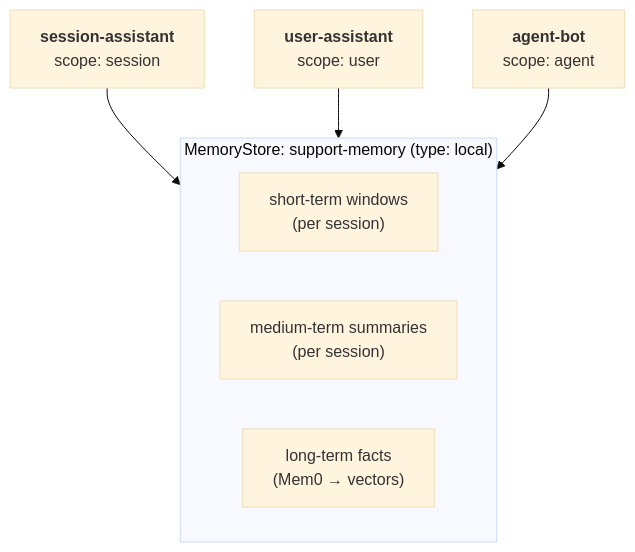
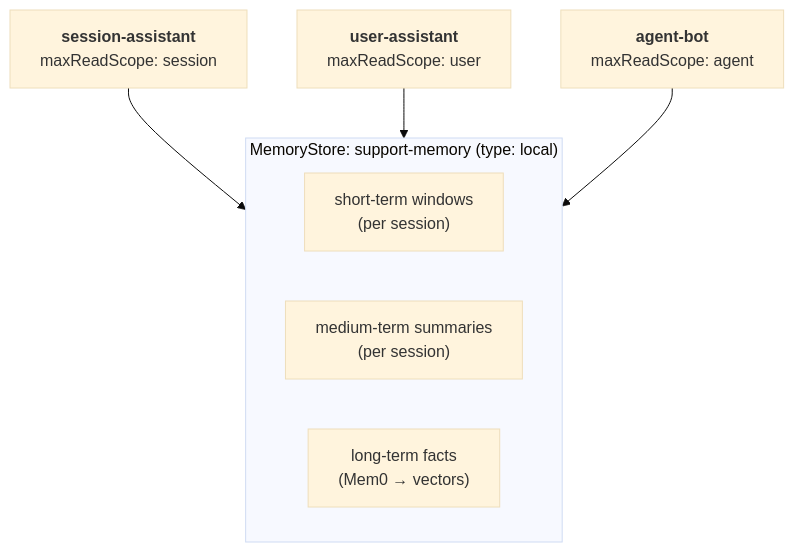
The first of 4 diagrams in memory/blog/BLOGPOST_DRAFT_PART_4.md (axsaucedo/kaos-adrs), drawn with Mermaid (base theme) before and after one commit. The commit also changed other lines of this file, not shown here.

First line of the commit message:
blog(part4): rework worked example against the merged read-scope model

````diff
--- a/memory/blog/BLOGPOST_DRAFT_PART_4.md
+++ b/memory/blog/BLOGPOST_DRAFT_PART_4.md
@@ -24,15 +26,15 @@
 ```mermaid
 graph TB
   subgraph store["MemoryStore: support-memory (type: local)"]
     direction LR
     ST["short-term windows<br/>(per session)"]
     MT["medium-term summaries<br/>(per session)"]
     LT["long-term facts<br/>(Mem0 → vectors)"]
   end
-  A2["<b>session-assistant</b><br/>scope: session"]
-  A1["<b>user-assistant</b><br/>scope: user"]
-  X["<b>agent-bot</b><br/>scope: agent"]
+  A2["<b>session-assistant</b><br/>maxReadScope: session"]
+  A1["<b>user-assistant</b><br/>maxReadScope: user"]
+  X["<b>agent-bot</b><br/>maxReadScope: agent"]
   A2 --> store
   A1 --> store
   X --> store
 ```
````
